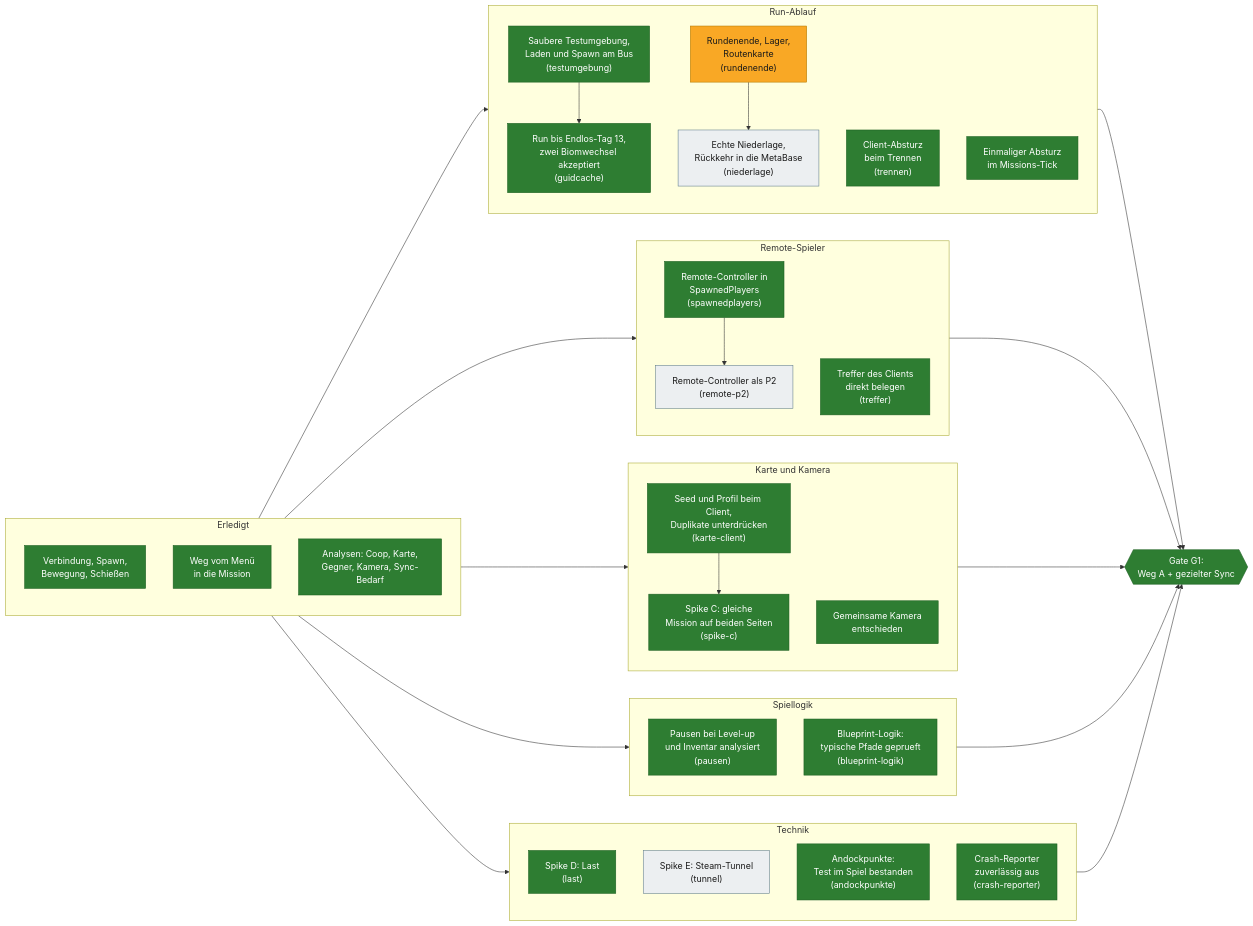
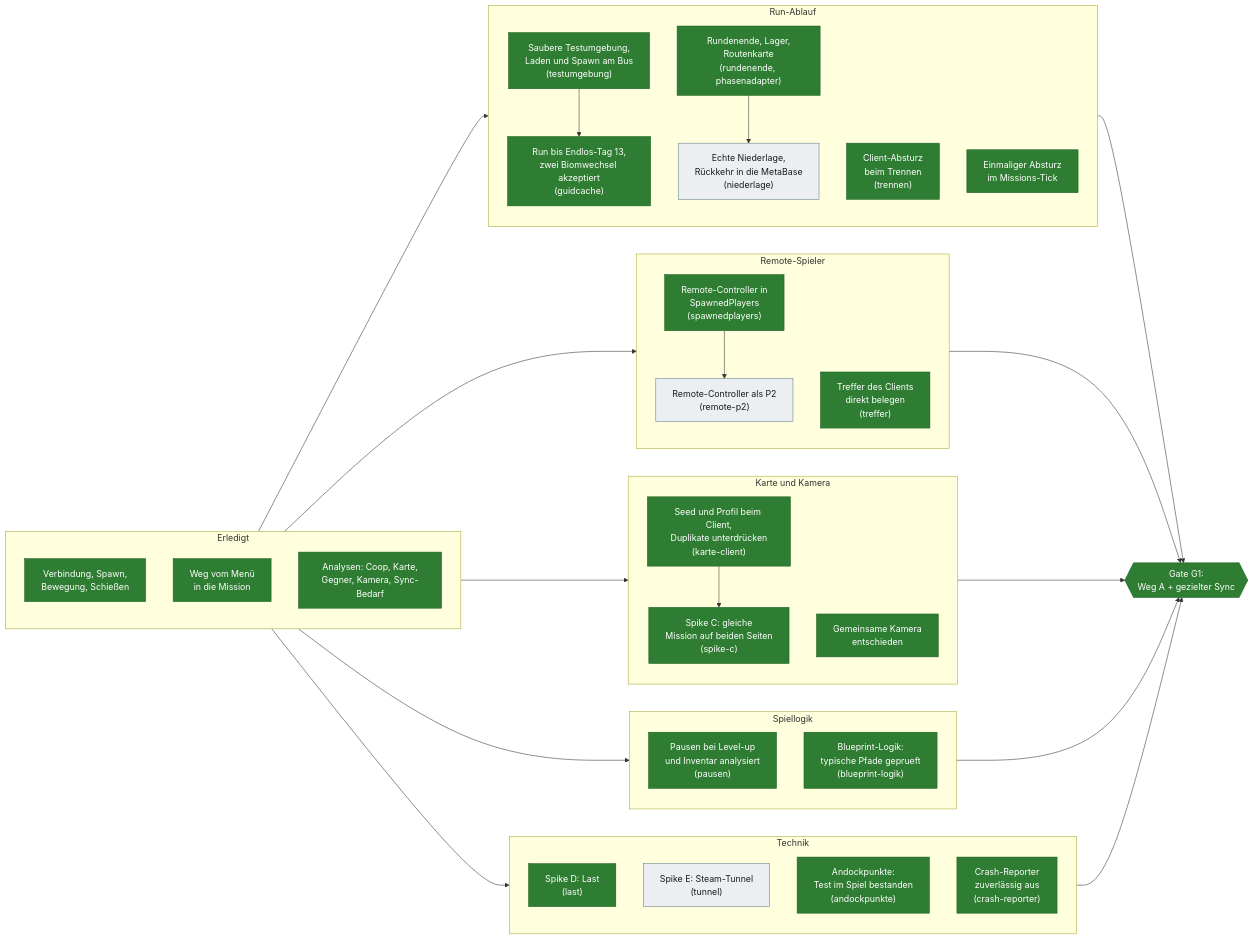
One commit to VitaminStack/Deadly-Days-Roadtrip-Multiplayer-Mod changed the second of 4 diagrams in docs/ROADMAP.md. Above: the diagram before and after it, drawn with Mermaid. The commit also changed other lines of this file and 13 other files, not shown here.

````diff
--- a/docs/ROADMAP.md
+++ b/docs/ROADMAP.md
@@ -79,66 +80,66 @@
 ```mermaid
 flowchart LR
     subgraph BASIS["Erledigt"]
         A1["Verbindung, Spawn,<br/>Bewegung, Schießen"]:::done
         A2["Weg vom Menü<br/>in die Mission"]:::done
         A3["Analysen: Coop, Karte,<br/>Gegner, Kamera, Sync-Bedarf"]:::done
     end
 
     subgraph RUN["Run-Ablauf"]
         TE["Saubere Testumgebung,<br/>Laden und Spawn am Bus<br/>(testumgebung)"]:::done
         T3["Run bis Endlos-Tag 13,<br/>zwei Biomwechsel akzeptiert<br/>(guidcache)"]:::done
         TE --> T3
-        RE["Rundenende, Lager,<br/>Routenkarte<br/>(rundenende)"]:::wip
+        RE["Rundenende, Lager,<br/>Routenkarte<br/>(rundenende, phasenadapter)"]:::done
         NI["Echte Niederlage,<br/>Rückkehr in die MetaBase<br/>(niederlage)"]:::open
         TR["Client-Absturz<br/>beim Trennen<br/>(trennen)"]:::done
         MT["Einmaliger Absturz<br/>im Missions-Tick"]:::done
         RE --> NI
     end
 
     subgraph SPIELER["Remote-Spieler"]
         SP["Remote-Controller in<br/>SpawnedPlayers<br/>(spawnedplayers)"]:::done
         RP["Remote-Controller als P2<br/>(remote-p2)"]:::open
         TF["Treffer des Clients<br/>direkt belegen<br/>(treffer)"]:::done
         SP --> RP
     end
 
     subgraph WELT["Karte und Kamera"]
         KC["Seed und Profil beim Client,<br/>Duplikate unterdrücken<br/>(karte-client)"]:::done
         SC["Spike C: gleiche<br/>Mission auf beiden Seiten<br/>(spike-c)"]:::done
         KE["Gemeinsame Kamera<br/>entschieden"]:::done
         KC --> SC
     end
 
     subgraph LOGIK["Spiellogik"]
         PA["Pausen bei Level-up<br/>und Inventar analysiert<br/>(pausen)"]:::done
         BP["Blueprint-Logik:<br/>typische Pfade geprueft<br/>(blueprint-logik)"]:::done
     end
 
     subgraph TECHNIK["Technik"]
         LA["Spike D: Last<br/>(last)"]:::done
         TU["Spike E: Steam-Tunnel<br/>(tunnel)"]:::open
         AP["Andockpunkte:<br/>Test im Spiel bestanden<br/>(andockpunkte)"]:::done
         CR["Crash-Reporter<br/>zuverlässig aus<br/>(crash-reporter)"]:::done
     end
 
     BASIS --> RUN
     BASIS --> SPIELER
     BASIS --> WELT
     BASIS --> LOGIK
     BASIS --> TECHNIK
 
     RUN --> G1
     SPIELER --> G1
     WELT --> G1
     LOGIK --> G1
     TECHNIK --> G1
 
     G1{{"Gate G1:<br/>Weg A + gezielter Sync"}}:::done
 
     classDef done fill:#2e7d32,stroke:#1b5e20,color:#ffffff
     classDef wip fill:#f9a825,stroke:#b27a00,color:#1a1a1a
     classDef open fill:#eceff1,stroke:#607d8b,color:#1a1a1a
     classDef blocker fill:#c62828,stroke:#7f1d1d,color:#ffffff
     classDef decision fill:#ef6c00,stroke:#a34800,color:#ffffff
     classDef gate fill:#6a1b9a,stroke:#3e1163,color:#ffffff
 ```
````
